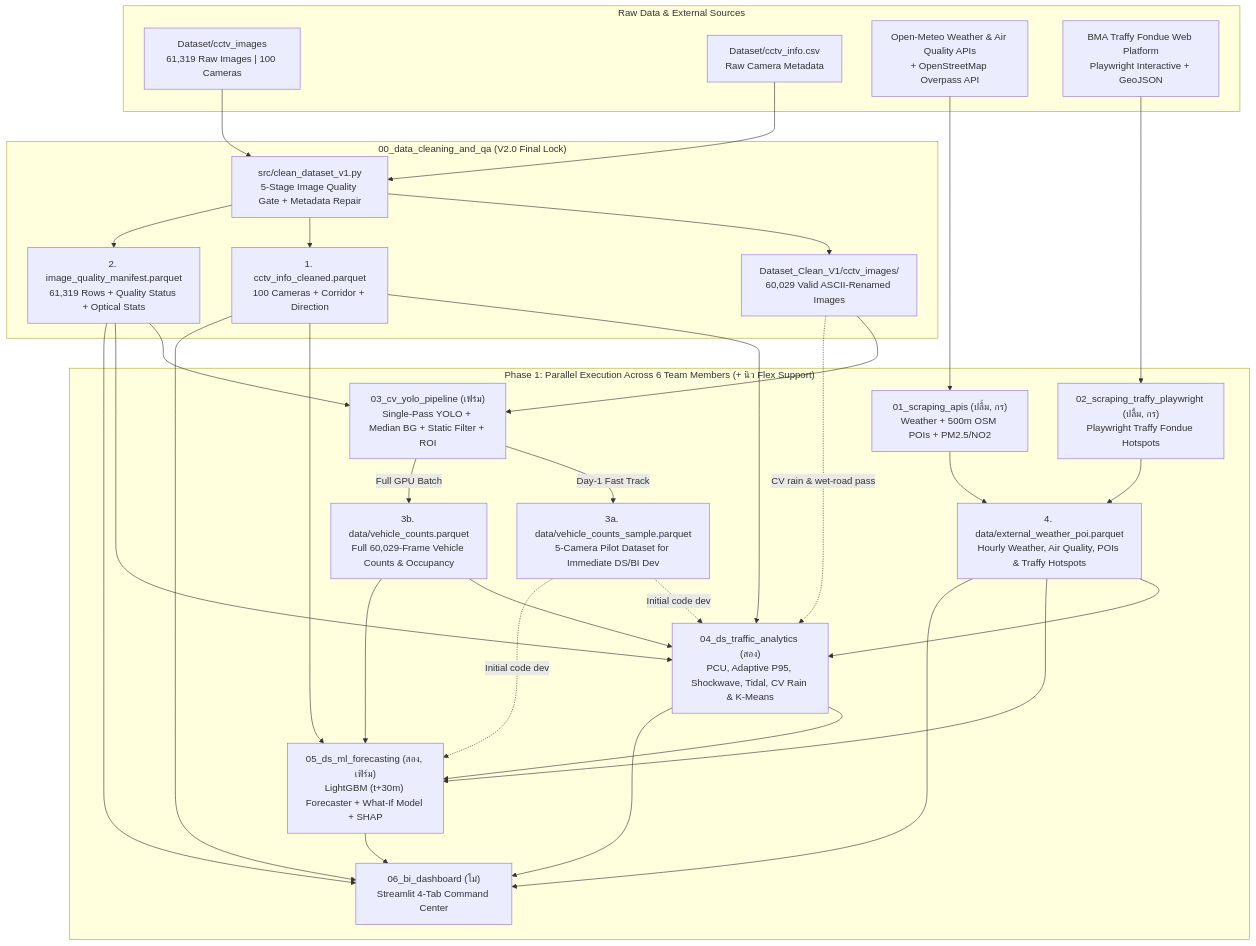
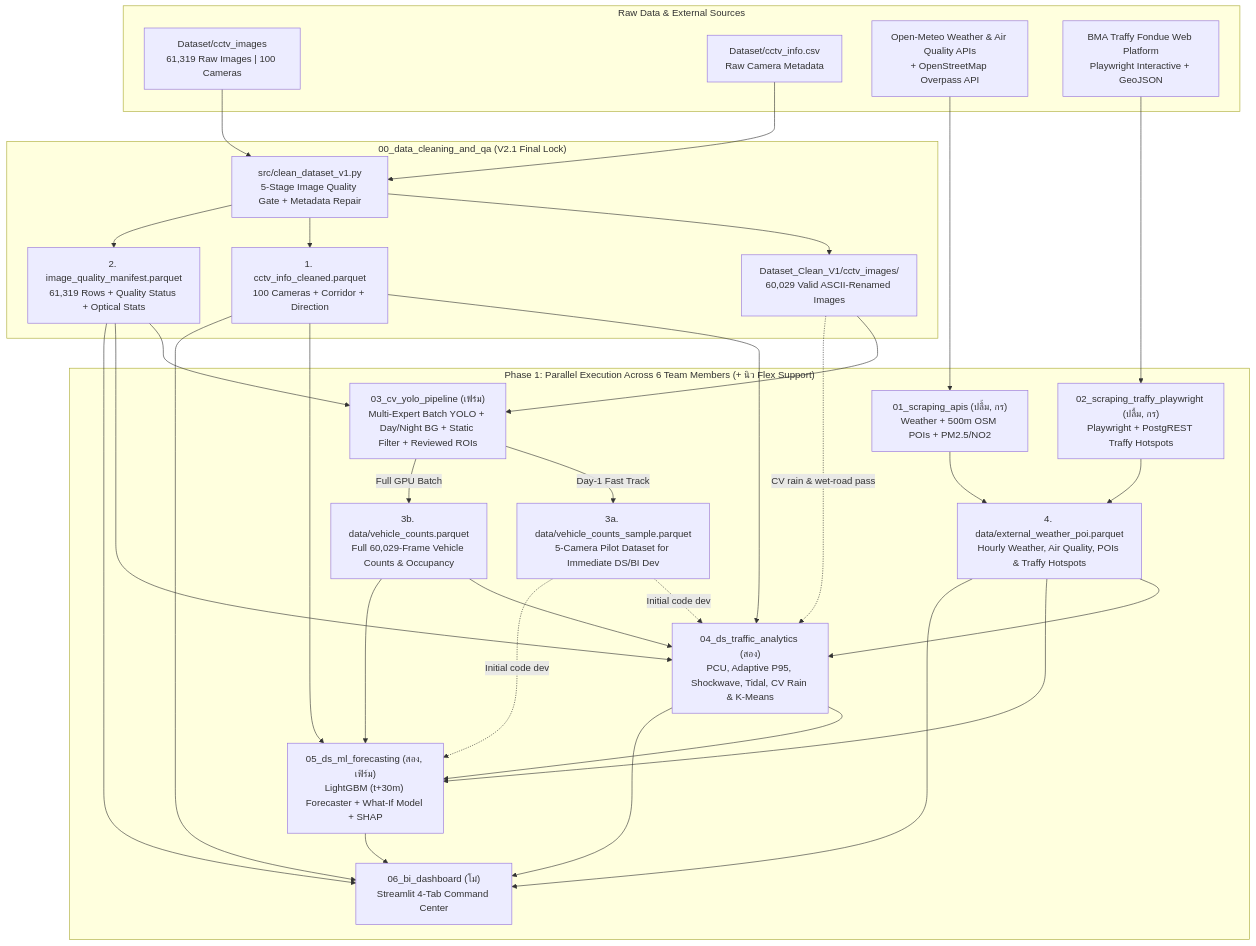
Before and after one commit to nontaphatfirm/BKK-Pulse: the diagram in GOAL.md, drawn with Mermaid. The commit also changed other lines of this file and 16 other files, not shown here.

````diff
--- a/GOAL.md
+++ b/GOAL.md
@@ -34,65 +34,65 @@
 ```mermaid
 flowchart TD
     subgraph RawSources["Raw Data & External Sources"]
         RAW_IMG["Dataset/cctv_images<br/>61,319 Raw Images | 100 Cameras"]
         RAW_META["Dataset/cctv_info.csv<br/>Raw Camera Metadata"]
         EXT_API["Open-Meteo Weather & Air Quality APIs<br/>+ OpenStreetMap Overpass API"]
         EXT_WEB["BMA Traffy Fondue Web Platform<br/>Playwright Interactive + GeoJSON"]
     end
 
-    subgraph Task00["00_data_cleaning_and_qa (V2.0 Final Lock)"]
+    subgraph Task00["00_data_cleaning_and_qa (V2.1 Final Lock)"]
         CLEAN_SCRIPT["src/clean_dataset_v1.py<br/>5-Stage Image Quality Gate + Metadata Repair"]
         CLEAN_IMG["Dataset_Clean_V1/cctv_images/<br/>60,029 Valid ASCII-Renamed Images"]
         TBL_META["1. cctv_info_cleaned.parquet<br/>100 Cameras + Corridor + Direction"]
         TBL_MAN["2. image_quality_manifest.parquet<br/>61,319 Rows + Quality Status + Optical Stats"]
     end
 
     subgraph ParallelTracks["Phase 1: Parallel Execution Across 6 Team Members (+ นิว Flex Support)"]
         T01["01_scraping_apis (ปลื้ม, กร)<br/>Weather + 500m OSM POIs + PM2.5/NO2"]
-        T02["02_scraping_traffy_playwright (ปลื้ม, กร)<br/>Playwright Traffy Fondue Hotspots"]
-        T03["03_cv_yolo_pipeline (เฟิร์ม)<br/>Single-Pass YOLO + Median BG + Static Filter + ROI"]
+        T02["02_scraping_traffy_playwright (ปลื้ม, กร)<br/>Playwright + PostgREST Traffy Hotspots"]
+        T03["03_cv_yolo_pipeline (เฟิร์ม)<br/>Multi-Expert Batch YOLO + Day/Night BG + Static Filter + Reviewed ROIs"]
 
         TBL_EXT["4. data/external_weather_poi.parquet<br/>Hourly Weather, Air Quality, POIs & Traffy Hotspots"]
         TBL_SAMPLE["3a. data/vehicle_counts_sample.parquet<br/>5-Camera Pilot Dataset for Immediate DS/BI Dev"]
         TBL_VEH["3b. data/vehicle_counts.parquet<br/>Full 60,029-Frame Vehicle Counts & Occupancy"]
 
         T04["04_ds_traffic_analytics (สอง)<br/>PCU, Adaptive P95, Shockwave, Tidal, CV Rain & K-Means"]
         T05["05_ds_ml_forecasting (สอง, เฟิร์ม)<br/>LightGBM (t+30m) Forecaster + What-If Model + SHAP"]
         T06["06_bi_dashboard (โม่)<br/>Streamlit 4-Tab Command Center"]
     end
 
     RAW_IMG --> CLEAN_SCRIPT
     RAW_META --> CLEAN_SCRIPT
     CLEAN_SCRIPT --> CLEAN_IMG
     CLEAN_SCRIPT --> TBL_META
     CLEAN_SCRIPT --> TBL_MAN
 
     EXT_API --> T01
     EXT_WEB --> T02
     T01 --> TBL_EXT
     T02 --> TBL_EXT
 
     CLEAN_IMG --> T03
     TBL_MAN --> T03
     T03 -->|"Day-1 Fast Track"| TBL_SAMPLE
     T03 -->|"Full GPU Batch"| TBL_VEH
 
     CLEAN_IMG -.->|"CV rain & wet-road pass"| T04
     TBL_META --> T04
     TBL_MAN --> T04
     TBL_EXT --> T04
     TBL_SAMPLE -.->|"Initial code dev"| T04
     TBL_VEH --> T04
 
     TBL_META --> T05
     TBL_EXT --> T05
     TBL_SAMPLE -.->|"Initial code dev"| T05
     TBL_VEH --> T05
     T04 --> T05
 
     TBL_META --> T06
     TBL_MAN --> T06
     TBL_EXT --> T06
     T04 --> T06
     T05 --> T06
 ```
````
